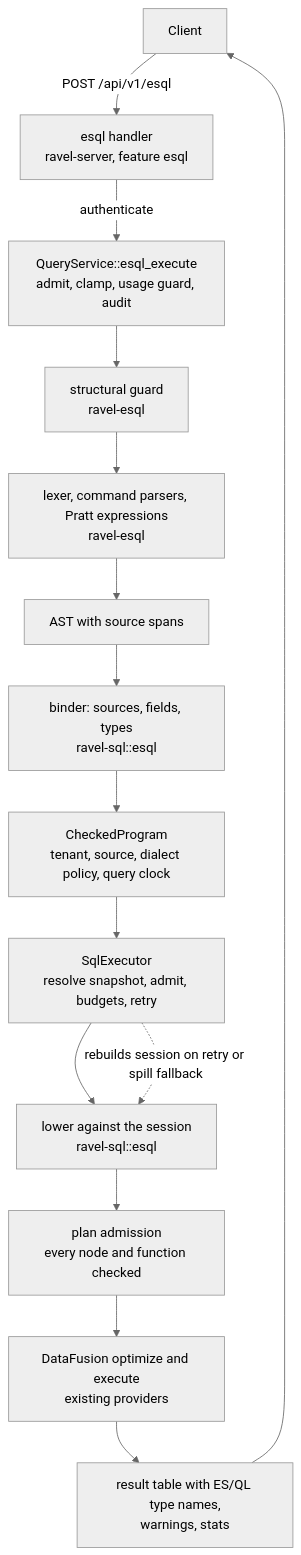
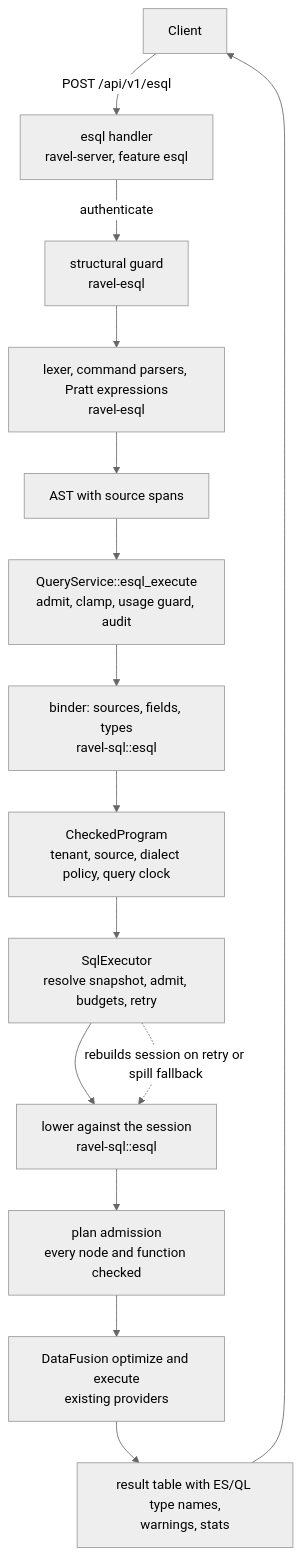
Before and after one commit to NOFireAI/ravel: the diagram in docs/adrs/2887-esql-query-frontend.md, drawn with Mermaid (neutral theme). The commit also changed other lines of this file, not shown here.

````diff
--- a/docs/adrs/2887-esql-query-frontend.md
+++ b/docs/adrs/2887-esql-query-frontend.md
@@ -157,17 +158,17 @@
 ```mermaid
 flowchart TD
     C[Client] -->|POST /api/v1/esql| H[esql handler<br/>ravel-server, feature esql]
-    H -->|authenticate| Q[QueryService::esql_execute<br/>admit, clamp, usage guard, audit]
-    Q --> G[structural guard<br/>ravel-esql]
+    H -->|authenticate| G[structural guard<br/>ravel-esql]
     G --> P[lexer, command parsers, Pratt expressions<br/>ravel-esql]
     P --> A[AST with source spans]
-    A --> B[binder: sources, fields, types<br/>ravel-sql::esql]
+    A --> Q[QueryService::esql_execute<br/>admit, clamp, usage guard, audit]
+    Q --> B[binder: sources, fields, types<br/>ravel-sql::esql]
     B --> K[CheckedProgram<br/>tenant, source, dialect policy, query clock]
     K --> X[SqlExecutor<br/>resolve snapshot, admit, budgets, retry]
     X --> L[lower against the session<br/>ravel-sql::esql]
     L --> V[plan admission<br/>every node and function checked]
     V --> D[DataFusion optimize and execute<br/>existing providers]
     D --> E[result table with ES/QL type names,<br/>warnings, stats]
     E --> C
     X -. rebuilds session on retry or spill fallback .-> L
 ```
````
